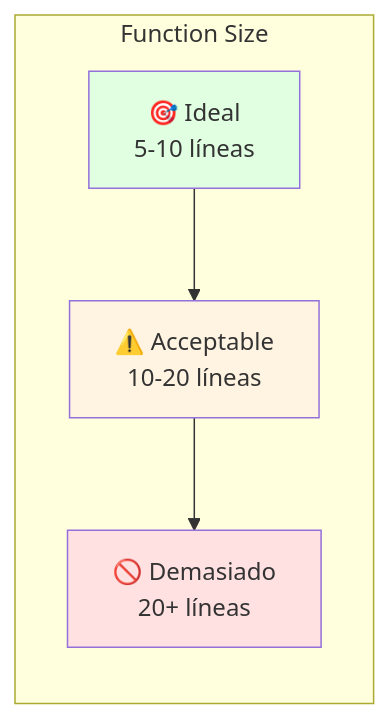
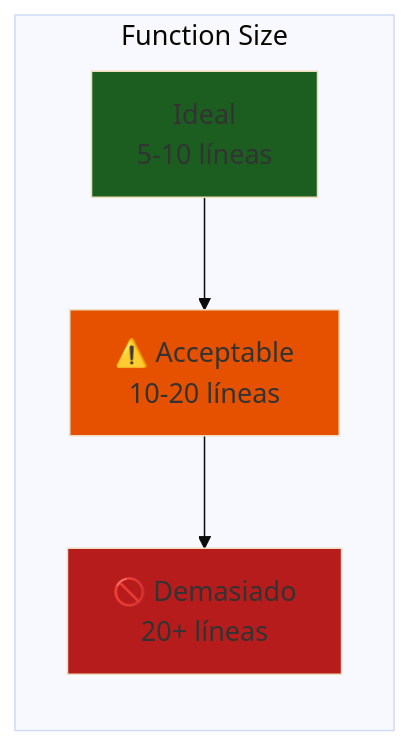
Before and after one commit to Ai-Whisperers/Courses-Content: the fifth of 8 diagrams in courses/🟡-development/FPUNA-2026/01-DESARROLLO-SOFTWARE/04-codigo-limpio.md, drawn with Mermaid. The commit also changed other lines of this file and 47 other files, not shown here.

First line of the commit message:
fix: Make all 473 diagrams WCAG AAA accessible (FPUNA-2026)

````diff
--- a/courses/🟡-development/FPUNA-2026/01-DESARROLLO-SOFTWARE/04-codigo-limpio.md
+++ b/courses/🟡-development/FPUNA-2026/01-DESARROLLO-SOFTWARE/04-codigo-limpio.md
@@ -248,15 +252,16 @@
 ```mermaid
+%%{init: {'theme':'base', 'themeVariables': {'fontSize':'18px'}}}%%
 graph LR
     subgraph "Function Size"
-        A[🎯 Ideal<br/>5-10 líneas]
+        A[Ideal<br/>5-10 líneas]
         B[⚠️ Acceptable<br/>10-20 líneas]
         C[🚫 Demasiado<br/>20+ líneas]
         
         A --> B
         B --> C
     end
     
-    style A fill:#E1FFE1
-    style B fill:#FFF4E1
-    style C fill:#FFE1E1
+    style A fill:#1b5e20
+    style B fill:#e65100
+    style C fill:#b71c1c
 ```
````
